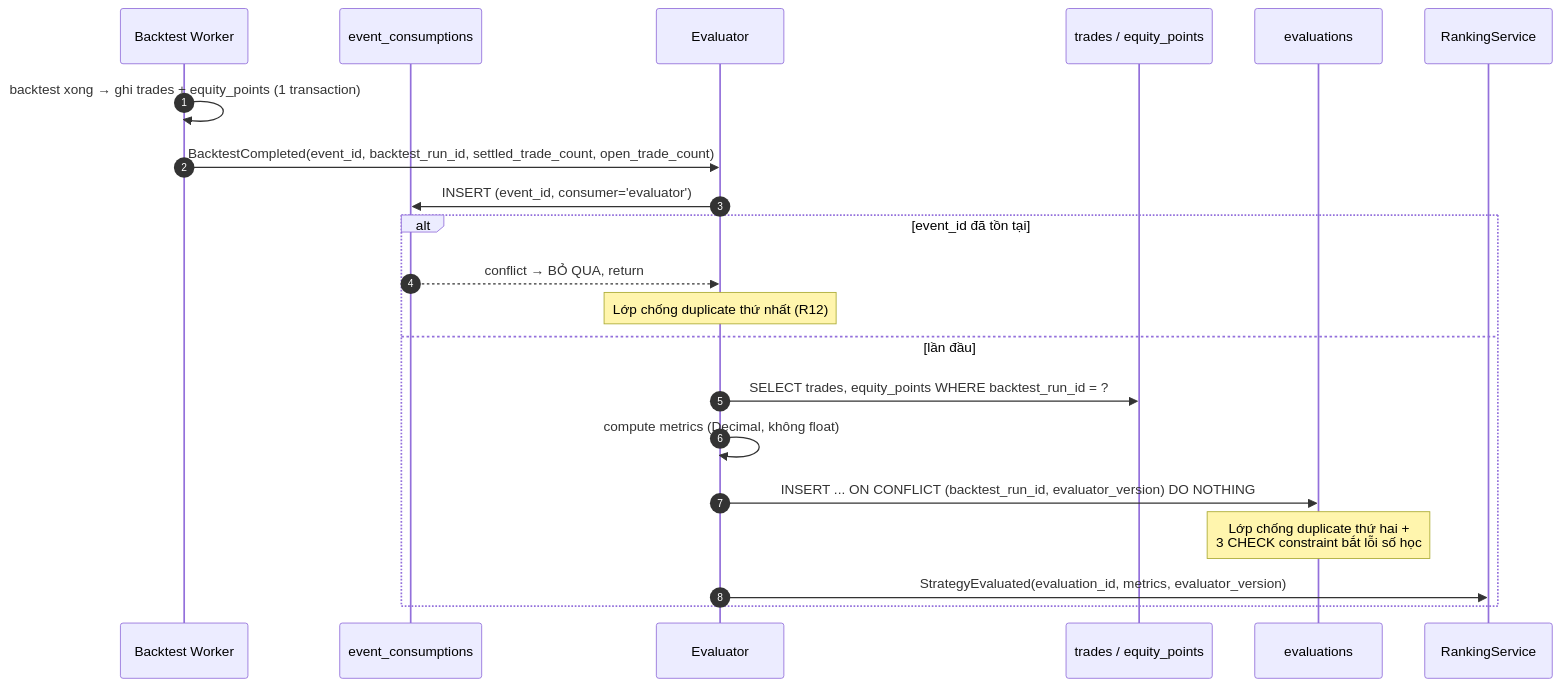
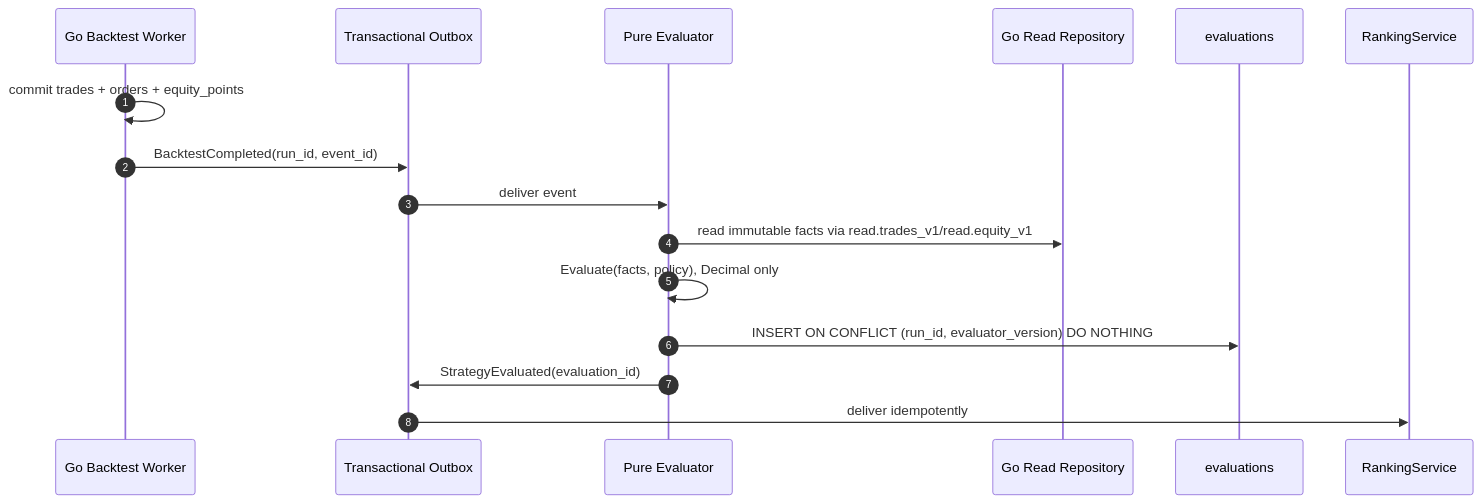
The diagram in blueprint/specs/evaluation.md (EnsoTech-Studio/CryptoBot), drawn with Mermaid before and after one commit. The commit also changed other lines of this file and 69 other files, not shown here.

First line of the commit message:
docs(blueprint): reconcile Go architecture

````diff
--- a/blueprint/specs/evaluation.md
+++ b/blueprint/specs/evaluation.md
@@ -116,25 +129,19 @@
 ```mermaid
 sequenceDiagram
     autonumber
-    participant W as Backtest Worker
-    participant EC as event_consumptions
-    participant EVA as Evaluator
-    participant TR as trades / equity_points
+    participant W as Go Backtest Worker
+    participant OUT as Transactional Outbox
+    participant EVA as Pure Evaluator
+    participant R as Go Read Repository
     participant EV as evaluations
     participant RNK as RankingService
 
-    W->>W: backtest xong → ghi trades + equity_points (1 transaction)
-    W->>EVA: BacktestCompleted(event_id, backtest_run_id, settled_trade_count, open_trade_count)
-
-    EVA->>EC: INSERT (event_id, consumer='evaluator')
-    alt event_id đã tồn tại
-        EC-->>EVA: conflict → BỎ QUA, return
-        Note over EVA: Lớp chống duplicate thứ nhất (R12)
-    else lần đầu
-        EVA->>TR: SELECT trades, equity_points WHERE backtest_run_id = ?
-        EVA->>EVA: compute metrics (Decimal, không float)
-        EVA->>EV: INSERT ... ON CONFLICT (backtest_run_id, evaluator_version) DO NOTHING
-        Note over EV: Lớp chống duplicate thứ hai +<br/>3 CHECK constraint bắt lỗi số học
-        EVA->>RNK: StrategyEvaluated(evaluation_id, metrics, evaluator_version)
-    end
+    W->>W: commit trades + orders + equity_points
+    W->>OUT: BacktestCompleted(run_id, event_id)
+    OUT->>EVA: deliver event
+    EVA->>R: read immutable facts via read.trades_v1/read.equity_v1
+    EVA->>EVA: Evaluate(facts, policy), Decimal only
+    EVA->>EV: INSERT ON CONFLICT (run_id, evaluator_version) DO NOTHING
+    EVA->>OUT: StrategyEvaluated(evaluation_id)
+    OUT->>RNK: deliver idempotently
 ```
````
